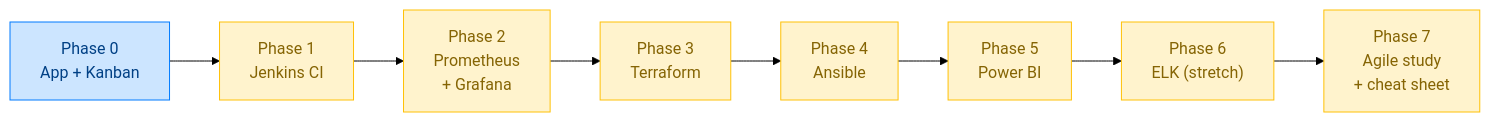
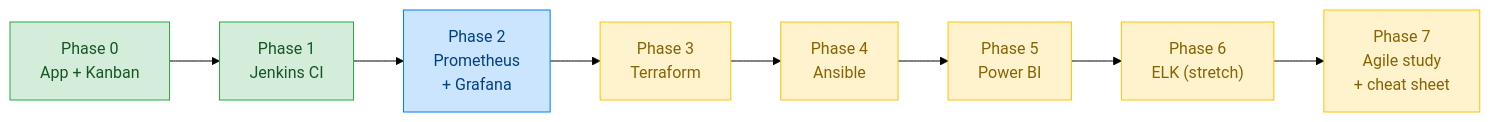
One commit to emmanuel197/devops-analytics-demo changed the diagram in wiki/diagrams/roadmap.mmd. Above: the diagram before and after it, drawn with Mermaid (forest theme). The commit also changed 7 other files, not shown here.

Commit message:
Phase 1 complete: wiki + diagrams updated (Jenkins green)

```diff
--- a/wiki/diagrams/roadmap.mmd
+++ b/wiki/diagrams/roadmap.mmd
@@ -1,14 +1,15 @@
 flowchart LR
     P0["Phase 0<br/>App + Kanban"] --> P1["Phase 1<br/>Jenkins CI"]
     P1 --> P2["Phase 2<br/>Prometheus<br/>+ Grafana"]
     P2 --> P3["Phase 3<br/>Terraform"]
     P3 --> P4["Phase 4<br/>Ansible"]
     P4 --> P5["Phase 5<br/>Power BI"]
     P5 --> P6["Phase 6<br/>ELK (stretch)"]
     P6 --> P7["Phase 7<br/>Agile study<br/>+ cheat sheet"]
 
     classDef done fill:#d4edda,stroke:#28a745,color:#155724;
     classDef active fill:#cce5ff,stroke:#007bff,color:#004085;
     classDef todo fill:#fff3cd,stroke:#ffc107,color:#856404;
-    class P0 active;
-    class P1,P2,P3,P4,P5,P6,P7 todo;
+    class P0,P1 done;
+    class P2 active;
+    class P3,P4,P5,P6,P7 todo;
```
